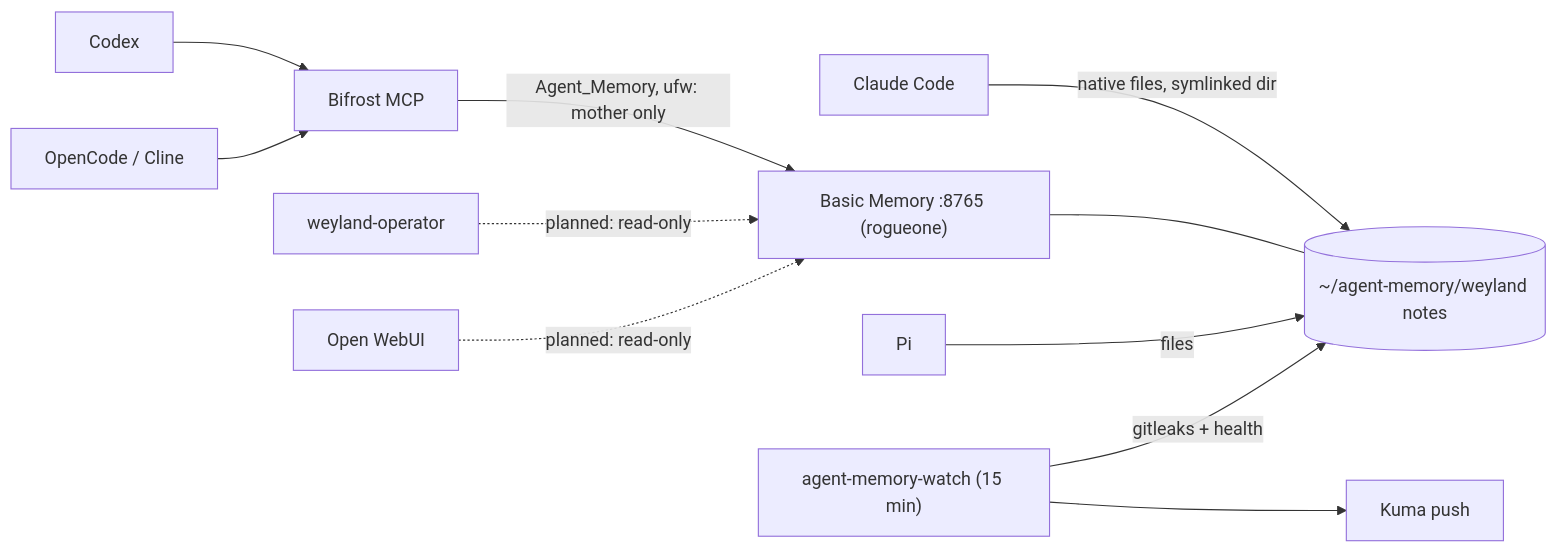
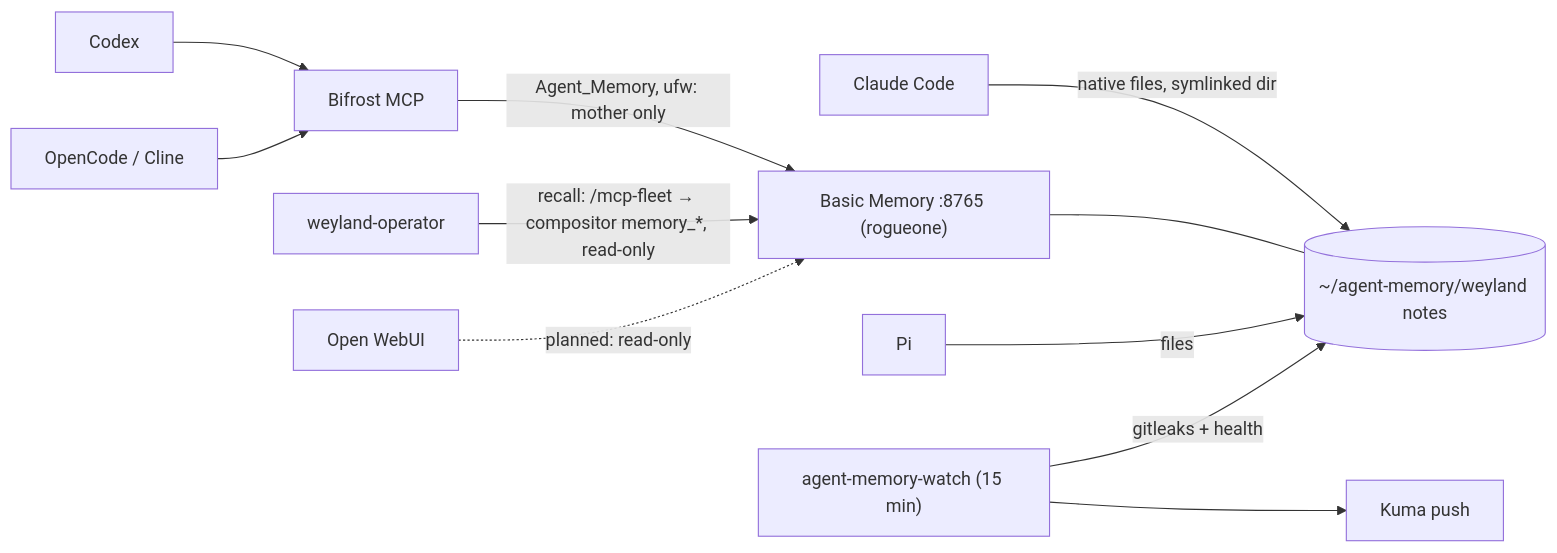
One commit to edtbl76/weyland-lab changed the fourth of 4 diagrams in docs/arch.md. Above: the diagram before and after it, drawn with Mermaid. The commit also changed 17 other files, not shown here.

First line of the commit message:
Introduce read-only shared agent memory and pin FastMCP version

````diff
--- a/docs/arch.md
+++ b/docs/arch.md
@@ -1116,13 +1116,13 @@
 ```mermaid
 flowchart LR
   CC["Claude Code"] -->|native files, symlinked dir| NOTES[("~/agent-memory/weyland notes")]
   BM["Basic Memory :8765 (rogueone)"] --- NOTES
   CX["Codex"] --> BF["Bifrost MCP"]
   OC["OpenCode / Cline"] --> BF
   BF -->|Agent_Memory, ufw: mother only| BM
   PI["Pi"] -->|files| NOTES
-  OP["weyland-operator"] -.->|planned: read-only| BM
+  OP["weyland-operator"] -->|recall: /mcp-fleet → compositor memory_*, read-only| BM
   OW["Open WebUI"] -.->|planned: read-only| BM
   W["agent-memory-watch (15 min)"] -->|gitleaks + health| NOTES
   W --> K["Kuma push"]
 ```
````
